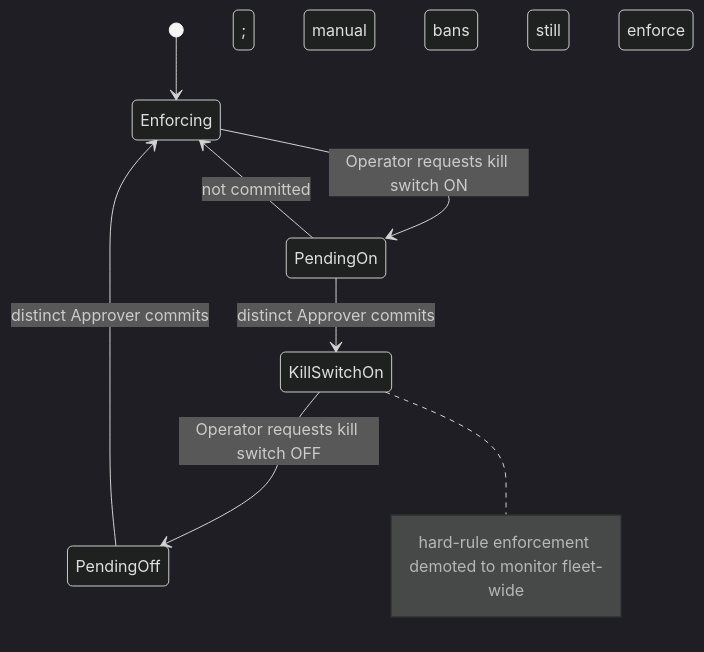
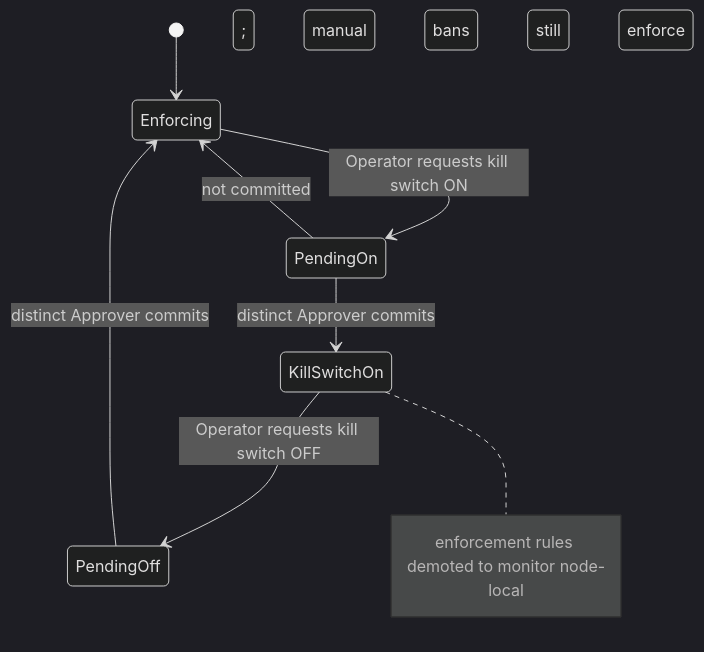
The diagram in docs/runbooks/kill-switch-and-bans.md (modootoday/humanymous), drawn with Mermaid (dark theme) before and after one commit. The commit also changed other lines of this file and 62 other files, not shown here.

````diff
--- a/docs/runbooks/kill-switch-and-bans.md
+++ b/docs/runbooks/kill-switch-and-bans.md
@@ -50,10 +50,10 @@
 ```mermaid
 stateDiagram-v2
   [*] --> Enforcing
   Enforcing --> PendingOn: Operator requests kill switch ON
   PendingOn --> KillSwitchOn: distinct Approver commits
   PendingOn --> Enforcing: not committed
   KillSwitchOn --> PendingOff: Operator requests kill switch OFF
   PendingOff --> Enforcing: distinct Approver commits
-  note right of KillSwitchOn: hard-rule enforcement demoted to monitor fleet-wide; manual bans still enforce
+  note right of KillSwitchOn: enforcement rules demoted to monitor node-local; manual bans still enforce
 ```
````
